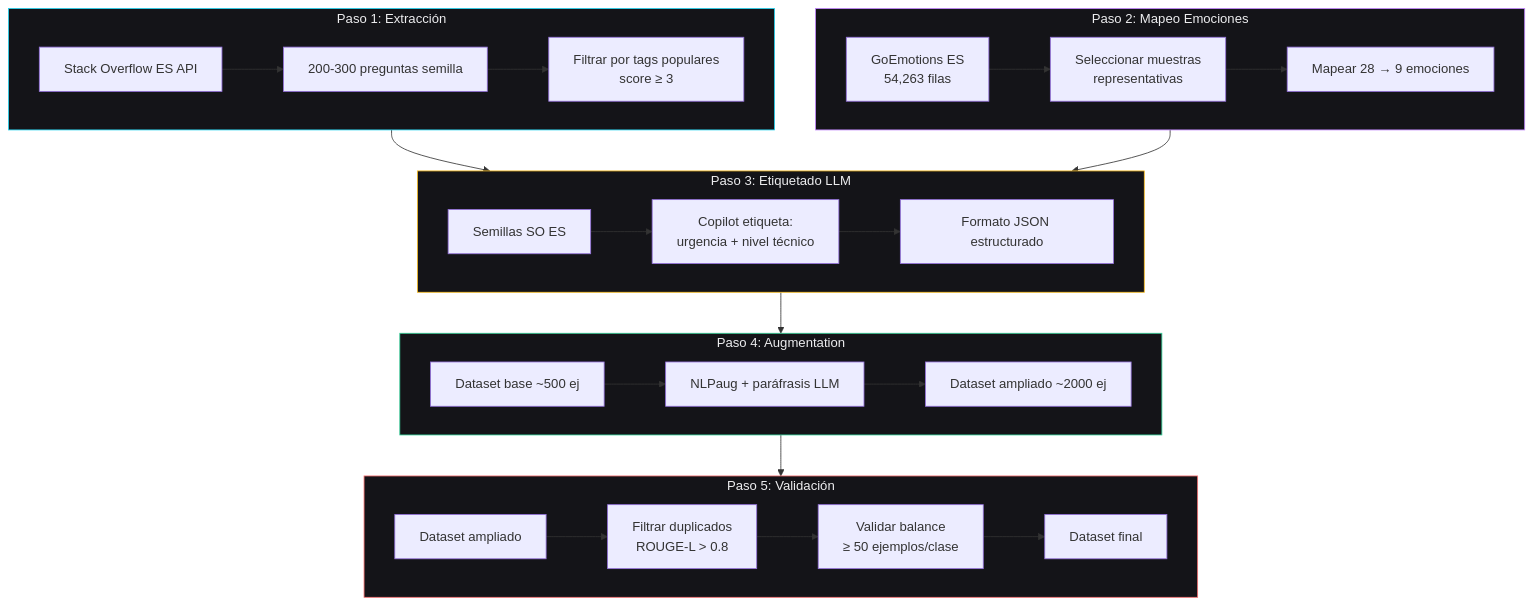
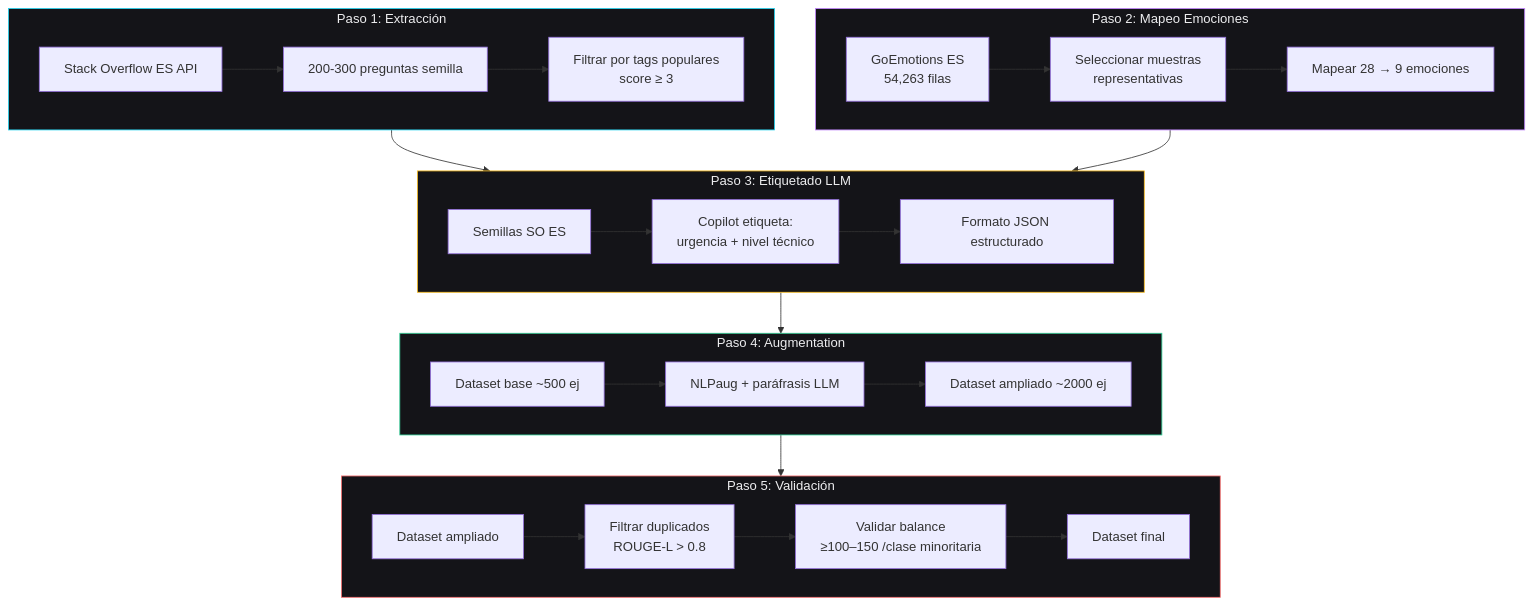
One commit to KarloZ7715/Synapse changed the second of 3 diagrams in docs/03-data-and-state/dataset-plan.md. Above: the diagram before and after it, drawn with Mermaid. The commit also changed other lines of this file and 1 other file, not shown here.

````diff
--- a/docs/03-data-and-state/dataset-plan.md
+++ b/docs/03-data-and-state/dataset-plan.md
@@ -102,39 +123,39 @@
 ```mermaid
 graph TD
     subgraph PASO1["Paso 1: Extracción"]
         A1[Stack Overflow ES API] --> A2[200-300 preguntas semilla]
         A2 --> A3[Filtrar por tags populares<br/>score ≥ 3]
     end
 
     subgraph PASO2["Paso 2: Mapeo Emociones"]
         B1[GoEmotions ES<br/>54,263 filas] --> B2[Seleccionar muestras<br/>representativas]
         B2 --> B3[Mapear 28 → 9 emociones]
     end
 
     subgraph PASO3["Paso 3: Etiquetado LLM"]
         C1[Semillas SO ES] --> C2[Copilot etiqueta:<br/>urgencia + nivel técnico]
         C2 --> C3[Formato JSON estructurado]
     end
 
     subgraph PASO4["Paso 4: Augmentation"]
         D1[Dataset base ~500 ej] --> D2[NLPaug + paráfrasis LLM]
         D2 --> D3[Dataset ampliado ~2000 ej]
     end
 
     subgraph PASO5["Paso 5: Validación"]
         E1[Dataset ampliado] --> E2[Filtrar duplicados<br/>ROUGE-L > 0.8]
-        E2 --> E3[Validar balance<br/>≥ 50 ejemplos/clase]
+        E2 --> E3[Validar balance<br/>≥100–150 /clase minoritaria]
         E3 --> E4[Dataset final]
     end
 
     PASO1 --> PASO3
     PASO2 --> PASO3
     PASO3 --> PASO4
     PASO4 --> PASO5
 
     style PASO1 fill:#141418,stroke:#22d3ee,color:#ededef
     style PASO2 fill:#141418,stroke:#c084fc,color:#ededef
     style PASO3 fill:#141418,stroke:#fbbf24,color:#ededef
     style PASO4 fill:#141418,stroke:#34d399,color:#ededef
     style PASO5 fill:#141418,stroke:#f87171,color:#ededef
 ```
````
